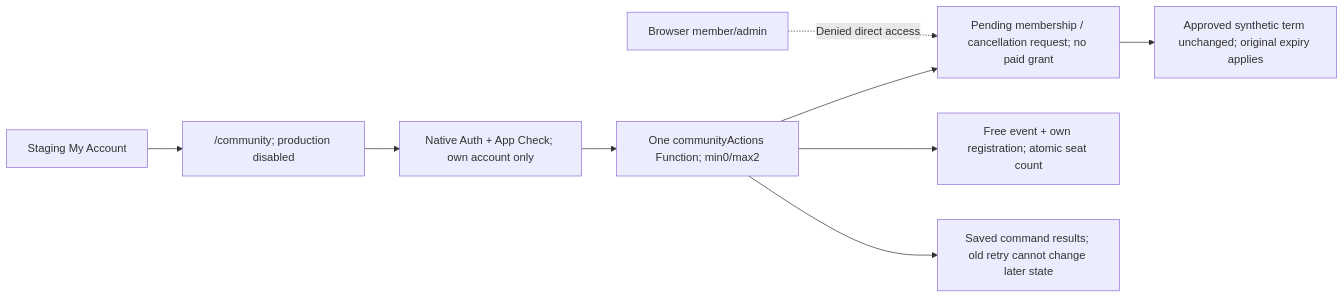
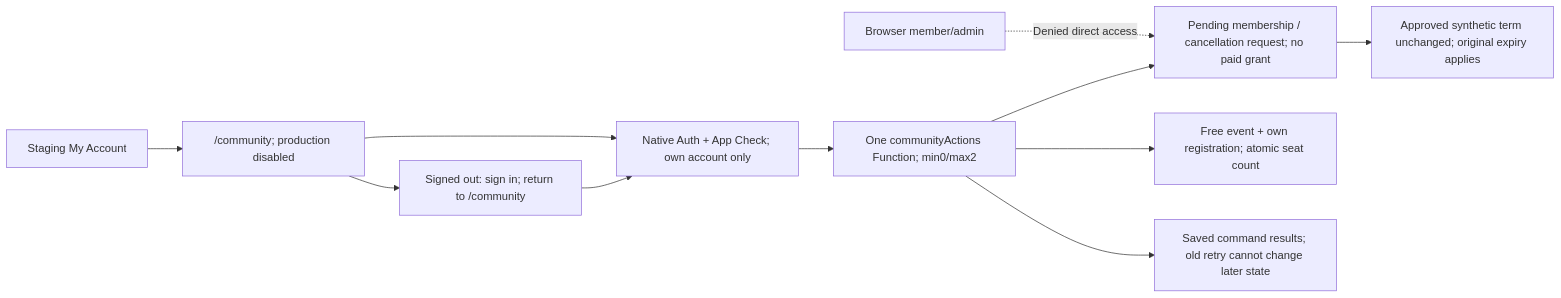
Before and after one commit to Run-MPRC/Run-MPRC.github.io: the first of 13 diagrams in docs/officers/SYSTEM_MAPS.md, drawn with Mermaid. The commit also changed other lines of this file and 11 other files, not shown here.

````diff
--- a/docs/officers/SYSTEM_MAPS.md
+++ b/docs/officers/SYSTEM_MAPS.md
@@ -7,11 +7,13 @@
 ```mermaid
 flowchart LR
     Account["Staging My Account"] --> Page["/community; production disabled"]
+    Page --> Login["Signed out: sign in; return to /community"]
+    Login --> Identity
     Page --> Identity["Native Auth + App Check; own account only"]
     Identity --> Service["One communityActions Function; min0/max2"]
     Service --> Requests["Pending membership / cancellation request; no paid grant"]
     Service --> Seats["Free event + own registration; atomic seat count"]
     Service --> Commands["Saved command results; old retry cannot change later state"]
     Requests --> Term["Approved synthetic term unchanged; original expiry applies"]
     Browser["Browser member/admin"] -. "Denied direct access" .-> Requests
 ```
````
